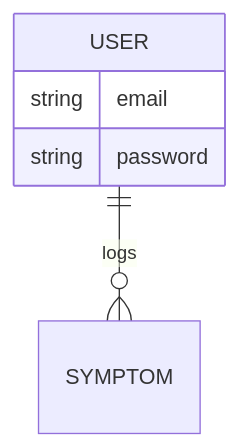
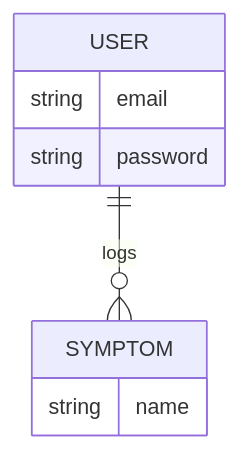
One commit to orange-squad/orange-server changed the diagram in README.md. Above: the diagram before and after it, drawn with Mermaid. The commit also changed 4 other files, not shown here.

````diff
--- a/README.md
+++ b/README.md
@@ -22,10 +22,14 @@
 ```mermaid
 erDiagram
   USER ||--o{ SYMPTOM : logs
 
   USER {
     string email
     string password
   }
 
+  SYMPTOM {
+    string name
+  }
+
 ```
````
